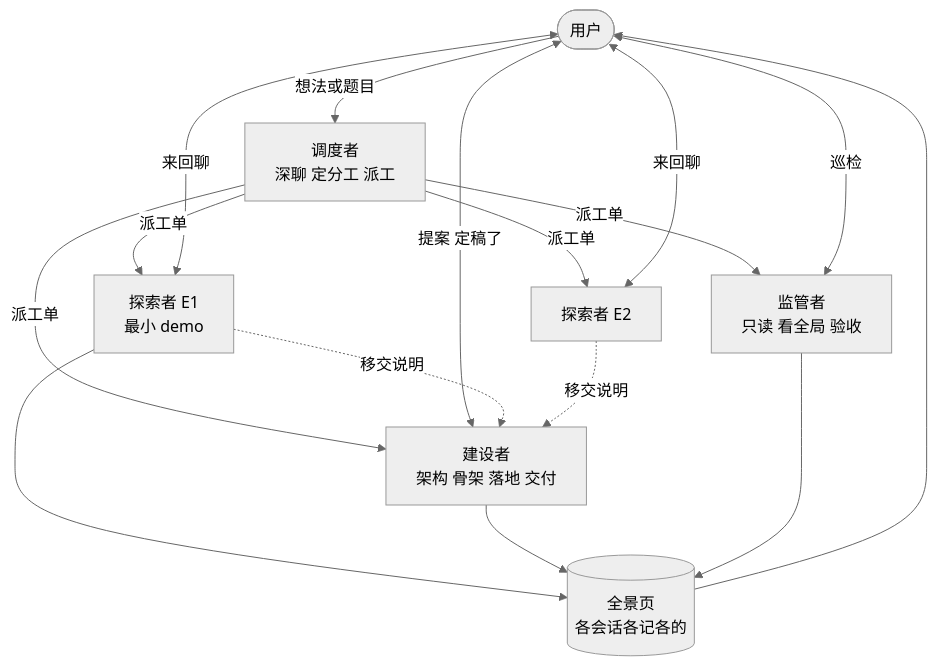
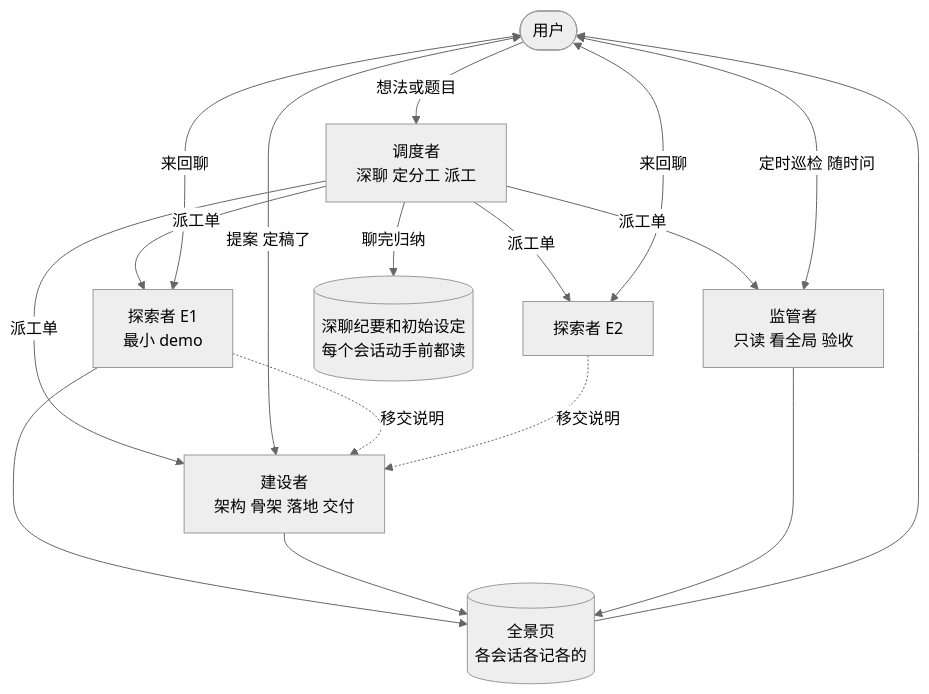
The diagram in README.md (wowsunny/demo-first), drawn with Mermaid (neutral theme) before and after one commit. The commit also changed other lines of this file and 22 other files, not shown here.

````diff
--- a/README.md
+++ b/README.md
@@ -57,25 +57,27 @@
 ```mermaid
 flowchart TD
     U([用户])
     D[调度者<br/>深聊 定分工 派工]
     E1[探索者 E1<br/>最小 demo]
     E2[探索者 E2]
     B[建设者<br/>架构 骨架 落地 交付]
     S[监管者<br/>只读 看全局 验收]
     P[(全景页<br/>各会话各记各的)]
+    C[(深聊纪要和初始设定<br/>每个会话动手前都读)]
     U -->|想法或题目| D
+    D -->|聊完归纳| C
     D -->|派工单| E1
     D -->|派工单| E2
     D -->|派工单| B
     D -->|派工单| S
     U <-->|来回聊| E1
     U <-->|来回聊| E2
     U <-->|提案 定稿了| B
     E1 -.->|移交说明| B
     E2 -.->|移交说明| B
-    U <-->|巡检| S
+    U <-->|定时巡检 随时问| S
     E1 --> P
     B --> P
     S --> P
     P --> U
 ```
````
